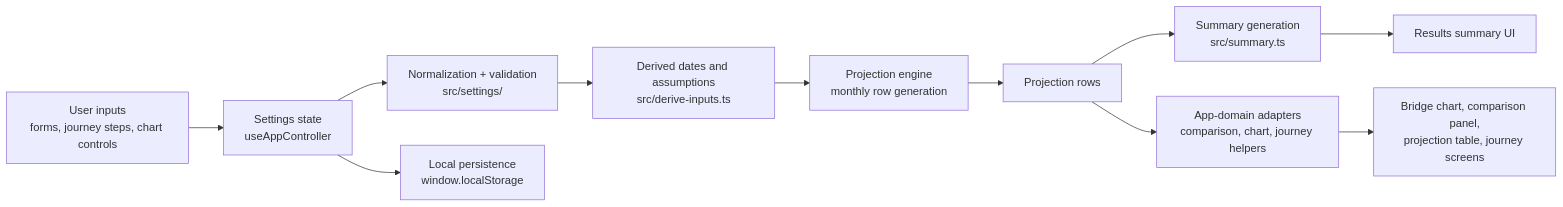
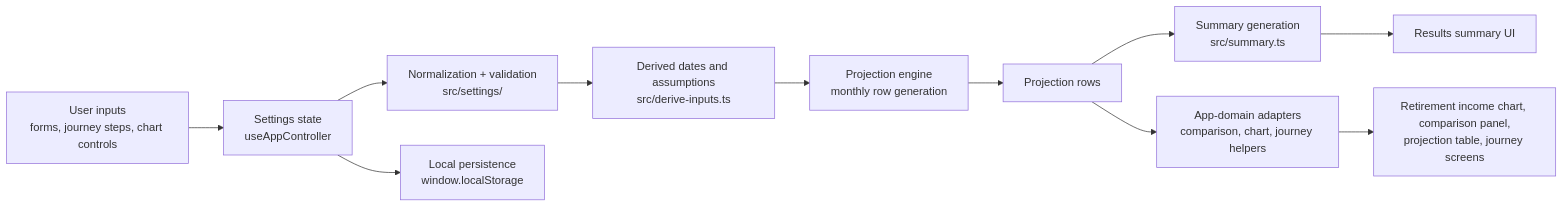
One commit to r0w4n/cs-pension-modeller changed the second of 2 diagrams in README.md. Above: the diagram before and after it, drawn with Mermaid. The commit also changed 28 other files, not shown here.

First line of the commit message:
Rename bridge chart to retirement income chart

````diff
--- a/README.md
+++ b/README.md
@@ -243,13 +243,13 @@
 ```mermaid
 flowchart LR
     A["User inputs<br/>forms, journey steps, chart controls"] --> B["Settings state<br/>useAppController"]
     B --> C["Normalization + validation<br/>src/settings/"]
     C --> D["Derived dates and assumptions<br/>src/derive-inputs.ts"]
     D --> E["Projection engine<br/>monthly row generation"]
     E --> F["Projection rows"]
     F --> G["Summary generation<br/>src/summary.ts"]
     F --> H["App-domain adapters<br/>comparison, chart, journey helpers"]
     G --> I["Results summary UI"]
-    H --> J["Bridge chart, comparison panel,<br/>projection table, journey screens"]
+    H --> J["Retirement income chart, comparison panel,<br/>projection table, journey screens"]
     B --> K["Local persistence<br/>window.localStorage"]
 ```
````
